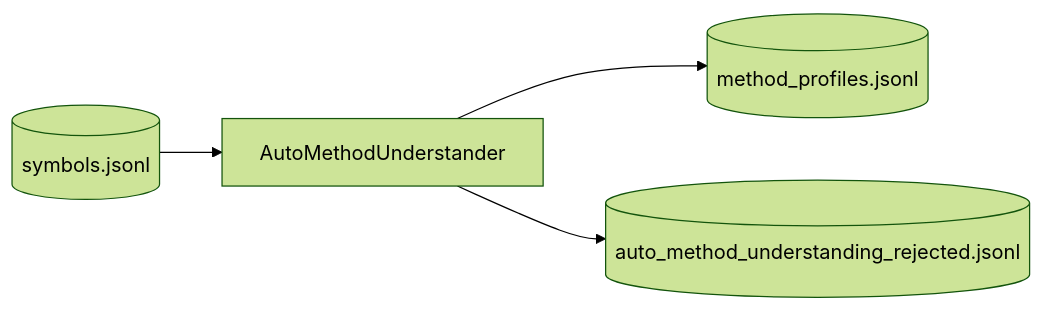
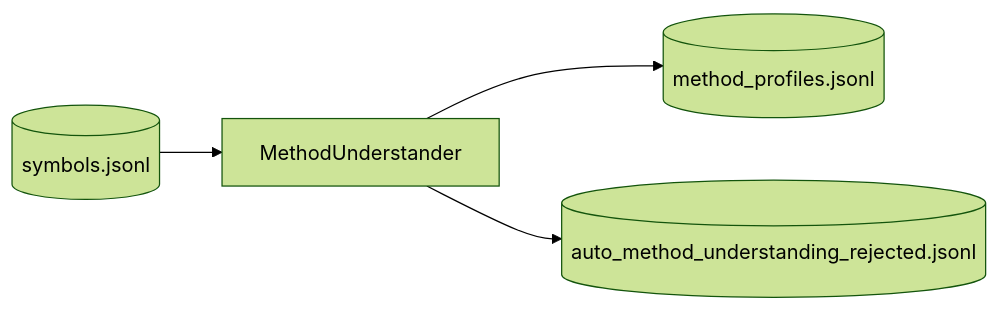
One commit to FlutteryEmbers/intelligent_code changed the first of 2 diagrams in docs/pipeline/02-method-understanding-step.md. Above: the diagram before and after it, drawn with Mermaid (forest theme). The commit also changed other lines of this file and 70 other files, not shown here.

````diff
--- a/docs/pipeline/02-method-understanding-step.md
+++ b/docs/pipeline/02-method-understanding-step.md
@@ -51,6 +51,6 @@
 ```mermaid
 flowchart LR
-  S[(symbols.jsonl)] --> U[AutoMethodUnderstander]
+  S[(symbols.jsonl)] --> U[MethodUnderstander]
   U --> P[(method_profiles.jsonl)]
   U --> R[(auto_method_understanding_rejected.jsonl)]
 ```
````
